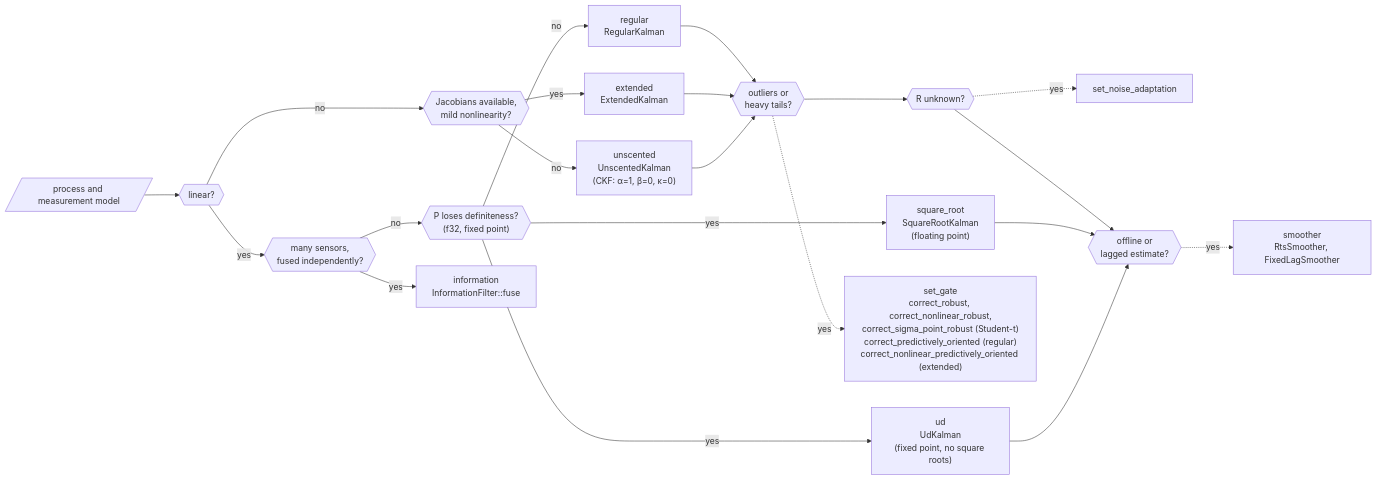
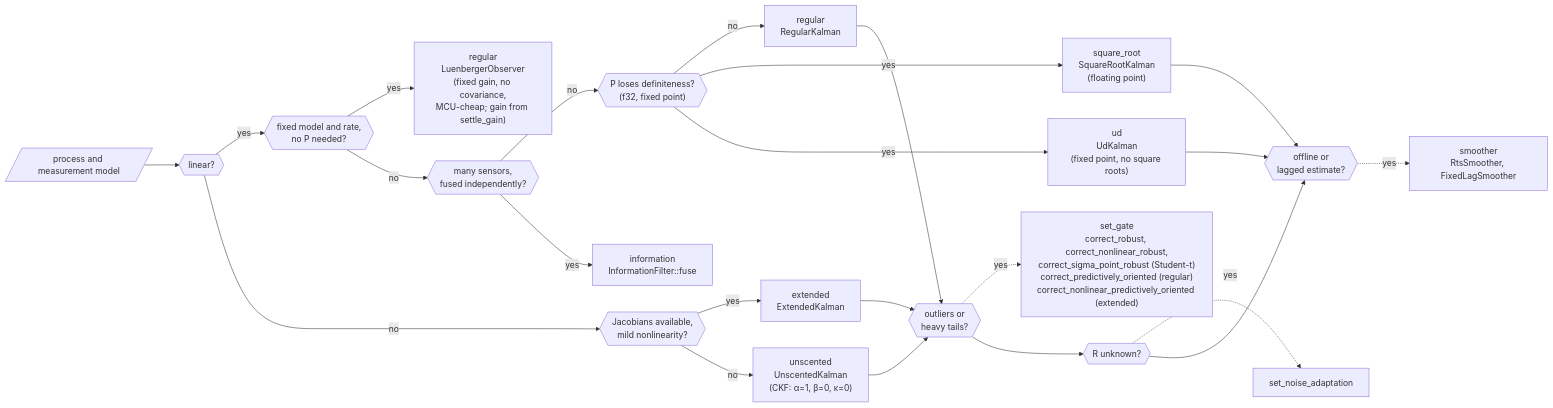
One commit to sunsided/minikalman-rs changed the diagram in crates/minikalman/docs/diagrams/choose-filter.mmd. Above: the diagram before and after it, drawn with Mermaid. The commit also changed 21 other files, not shown here.

First line of the commit message:
Add a fixed-gain Luenberger observer and RegularKalman::settle_gain (#148)

```diff
--- a/crates/minikalman/docs/diagrams/choose-filter.mmd
+++ b/crates/minikalman/docs/diagrams/choose-filter.mmd
@@ -1,39 +1,43 @@
 flowchart LR
     %% Which filter fits a problem. Style: see docs/diagrams/README.md.
     %% The root README.md holds an inline copy of this diagram; keep the two in sync.
     %% Checks are hexagons; answers are rectangles naming the module and the type or method.
     model[/"process and measurement model"/]
     linear{{"linear?"}}
+    steady{{"fixed model and rate,<br/>no P needed?"}}
+    luenberger["regular<br/>LuenbergerObserver<br/>(fixed gain, no covariance,<br/>MCU-cheap; gain from settle_gain)"]
     fusion{{"many sensors,<br/>fused independently?"}}
     jacobians{{"Jacobians available,<br/>mild nonlinearity?"}}
     definite{{"P loses definiteness?<br/>(f32, fixed point)"}}
     regular["regular<br/>RegularKalman"]
     square_root["square_root<br/>SquareRootKalman<br/>(floating point)"]
     information["information<br/>InformationFilter::fuse"]
     ud["ud<br/>UdKalman<br/>(fixed point, no square roots)"]
     extended["extended<br/>ExtendedKalman"]
     unscented["unscented<br/>UnscentedKalman<br/>(CKF: α=1, β=0, κ=0)"]
     outliers{{"outliers or<br/>heavy tails?"}}
     gate["set_gate<br/>correct_robust, correct_nonlinear_robust,<br/>correct_sigma_point_robust (Student-t)<br/>correct_predictively_oriented (regular)<br/>correct_nonlinear_predictively_oriented (extended)"]
     noise{{"R unknown?"}}
     adapt["set_noise_adaptation"]
     offline{{"offline or<br/>lagged estimate?"}}
     smoother["smoother<br/>RtsSmoother, FixedLagSmoother"]
     model --> linear
-    linear -- yes --> fusion
+    linear -- yes --> steady
+    steady -- yes --> luenberger
+    steady -- no --> fusion
     fusion -- no --> definite
     definite -- no --> regular
     definite -- yes --> square_root
     definite -- yes --> ud
     fusion -- yes --> information
     linear -- no --> jacobians
     jacobians -- yes --> extended
     jacobians -- no --> unscented
     regular & extended & unscented --> outliers
     outliers -. yes .-> gate
     outliers --> noise
     noise -. yes .-> adapt
     noise --> offline
     square_root & ud --> offline
     offline -. yes .-> smoother
     classDef focus fill:#fbbf24,stroke:#b45309,stroke-width:3px,color:#1c1917
```
